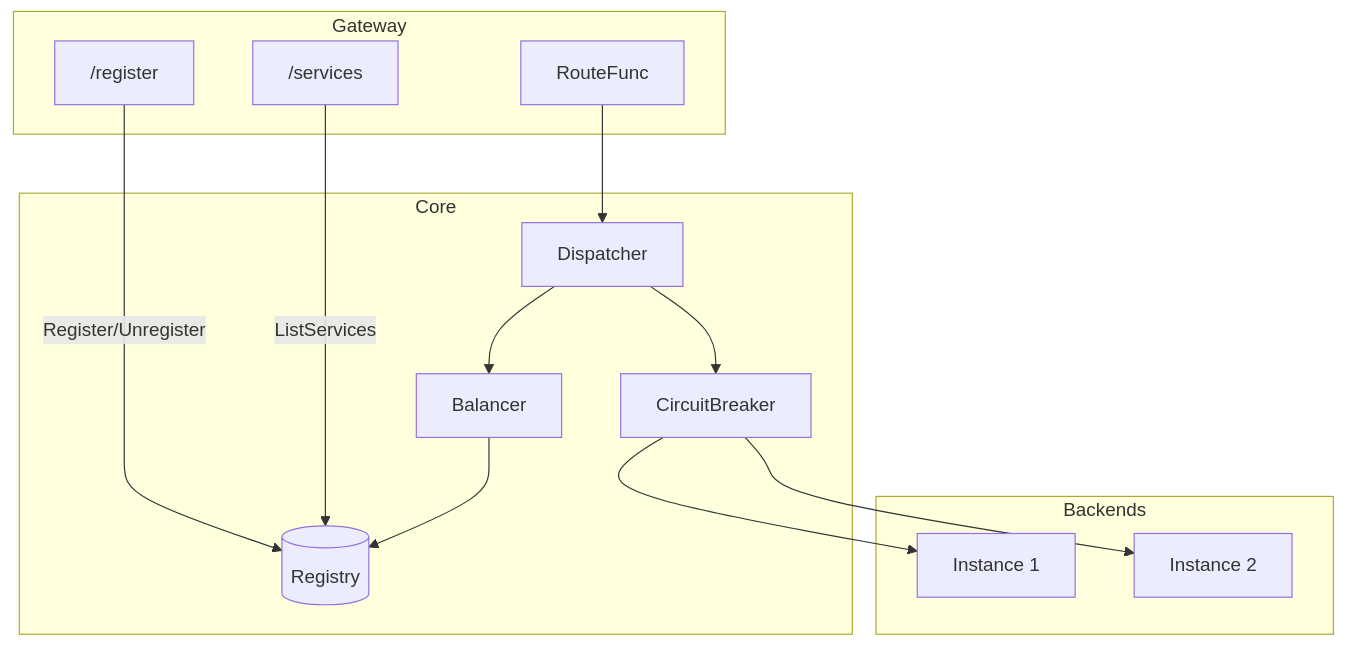
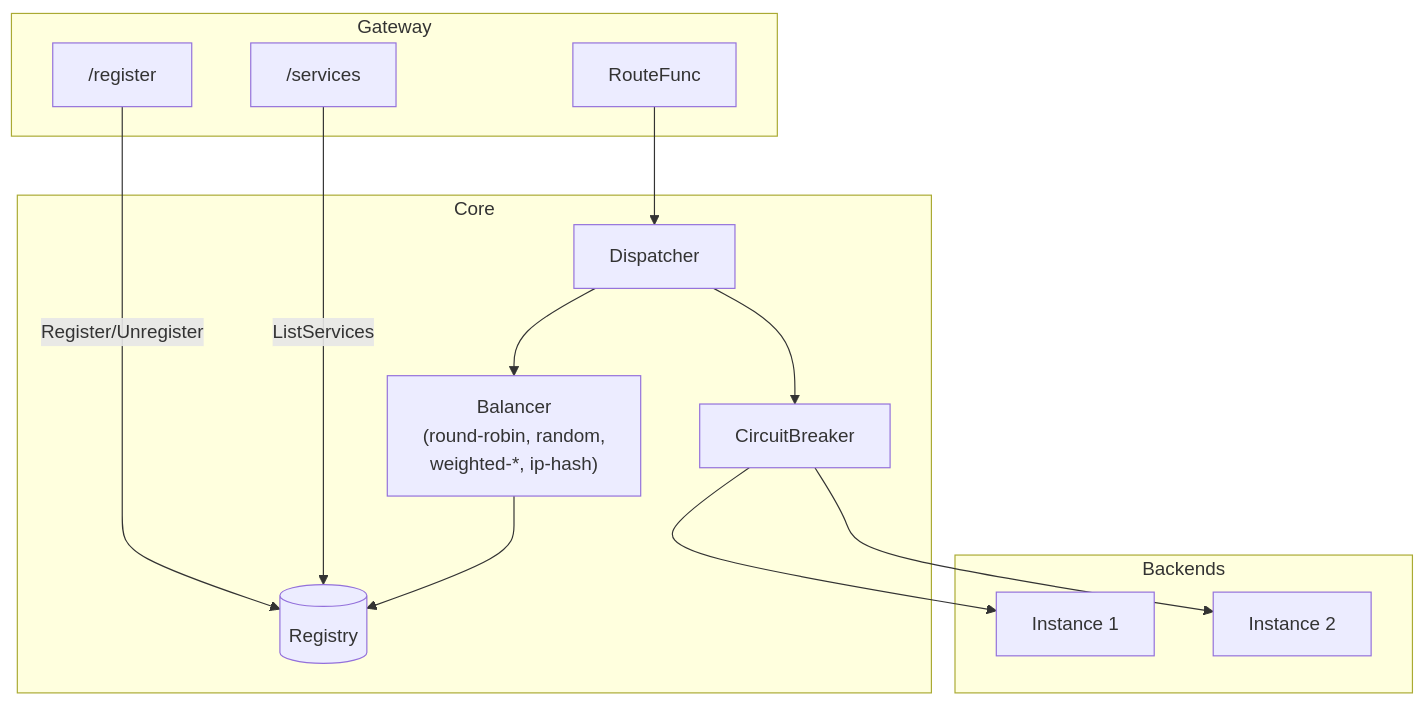
The fourth of 5 diagrams in README.md (noauthnecessary/kerberos), drawn with Mermaid before and after one commit. The commit also changed other lines of this file and 7 other files, not shown here.

First line of the commit message:
Add load balancing strategies: random, weighted-round-robin, weighted-random, ip-hash

````diff
--- a/README.md
+++ b/README.md
@@ -73,29 +74,29 @@
 ```mermaid
 flowchart TB
     subgraph Gateway
         RouteFunc
         HandleRegister["/register"]
         HandleServices["/services"]
     end
 
     subgraph Core
         Dispatcher
-        Balancer
+        Balancer["Balancer<br/>(round-robin, random,<br/>weighted-*, ip-hash)"]
         Registry[(Registry)]
         CircuitBreaker
     end
 
     subgraph Backends
         B1[Instance 1]
         B2[Instance 2]
     end
 
     HandleRegister -->|Register/Unregister| Registry
     HandleServices -->|ListServices| Registry
     RouteFunc --> Dispatcher
     Dispatcher --> Balancer
     Balancer --> Registry
     Dispatcher --> CircuitBreaker
     CircuitBreaker --> B1
     CircuitBreaker --> B2
 ```
````
